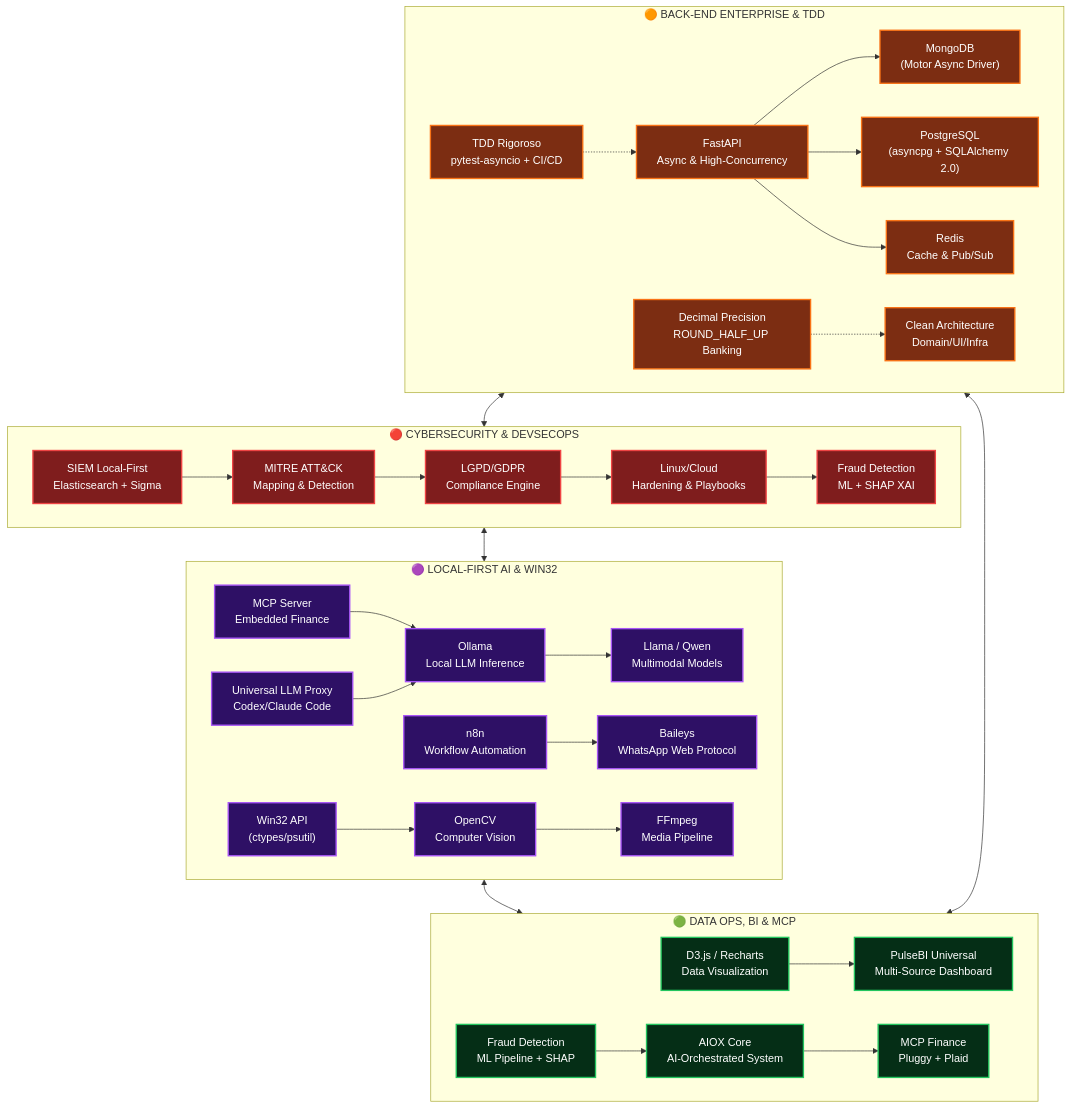
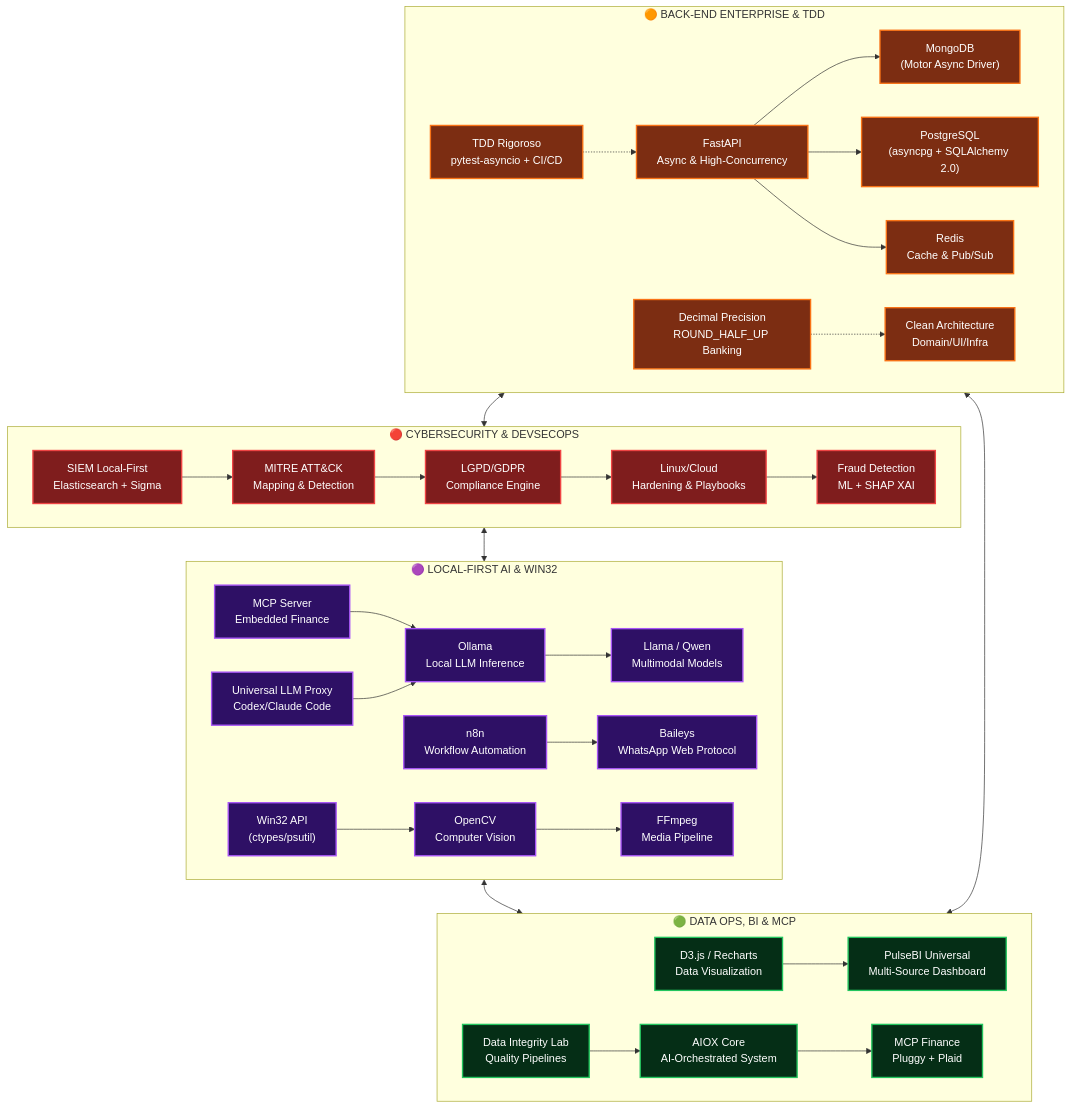
The diagram in README.md (lcszero44-cell/lcszero44-cell), drawn with Mermaid before and after one commit. The commit also changed other lines of this file, not shown here.

First line of the commit message:
fix(readme): remove duplicate ML project from Data Ops block

````diff
--- a/README.md
+++ b/README.md
@@ -257,77 +257,77 @@
 ```mermaid
 flowchart TB
     subgraph SEC["🔴 CYBERSECURITY & DEVSECOPS"]
         SIEM["SIEM Local-First<br/>Elasticsearch + Sigma"]
         MITRE["MITRE ATT&CK<br/>Mapping & Detection"]
         COMPLIANCE["LGPD/GDPR<br/>Compliance Engine"]
         HARDENING["Linux/Cloud<br/>Hardening & Playbooks"]
         FRAUD_ML["Fraud Detection<br/>ML + SHAP XAI"]
         
         SIEM --> MITRE
         MITRE --> COMPLIANCE
         COMPLIANCE --> HARDENING
         HARDENING --> FRAUD_ML
     end
     
     subgraph AIWIN["🟣 LOCAL-FIRST AI & WIN32"]
         OLLAMA["Ollama<br/>Local LLM Inference"]
         LLAMA["Llama / Qwen<br/>Multimodal Models"]
         WIN32["Win32 API<br/>(ctypes/psutil)"]
         N8N["n8n<br/>Workflow Automation"]
         BAILEYS["Baileys<br/>WhatsApp Web Protocol"]
         OPENCV["OpenCV<br/>Computer Vision"]
         FFMPEG["FFmpeg<br/>Media Pipeline"]
         MCP_AI["MCP Server<br/>Embedded Finance"]
         PROXY["Universal LLM Proxy<br/>Codex/Claude Code"]
         
         OLLAMA --> LLAMA
         N8N --> BAILEYS
         WIN32 --> OPENCV
         OPENCV --> FFMPEG
         MCP_AI --> OLLAMA
         PROXY --> OLLAMA
     end
     
     subgraph DATA["🟢 DATA OPS, BI & MCP"]
         D3["D3.js / Recharts<br/>Data Visualization"]
         BI["PulseBI Universal<br/>Multi-Source Dashboard"]
-        FRAUD["Fraud Detection<br/>ML Pipeline + SHAP"]
+        INTEGRITY["Data Integrity Lab<br/>Quality Pipelines"]
         AIOS["AIOX Core<br/>AI-Orchestrated System"]
         MCP_DATA["MCP Finance<br/>Pluggy + Plaid"]
         
         D3 --> BI
-        FRAUD --> AIOS
+        INTEGRITY --> AIOS
         AIOS --> MCP_DATA
     end
     
     subgraph BACKEND["🟠 BACK-END ENTERPRISE & TDD"]
         FASTAPI["FastAPI<br/>Async & High-Concurrency"]
         MONGO["MongoDB<br/>(Motor Async Driver)"]
         POSTGRES["PostgreSQL<br/>(asyncpg + SQLAlchemy 2.0)"]
         TDD["TDD Rigoroso<br/>pytest-asyncio + CI/CD"]
         REDIS["Redis<br/>Cache & Pub/Sub"]
         DECIMAL["Decimal Precision<br/>ROUND_HALF_UP Banking"]
         CLEAN["Clean Architecture<br/>Domain/UI/Infra"]
         
         FASTAPI --> MONGO
         FASTAPI --> POSTGRES
         FASTAPI --> REDIS
         DECIMAL -.-> CLEAN
         TDD -.-> FASTAPI
     end
     
     SEC <--> AIWIN
     AIWIN <--> DATA
     DATA <--> BACKEND
     BACKEND <--> SEC
     
     classDef sec fill:#7f1d1d,stroke:#ef4444,stroke-width:2px,color:#fff
     classDef ai fill:#2e1065,stroke:#a855f7,stroke-width:2px,color:#fff
     classDef data fill:#052e16,stroke:#22c55e,stroke-width:2px,color:#fff
     classDef back fill:#7c2d12,stroke:#f97316,stroke-width:2px,color:#fff
     
     class SIEM,MITRE,COMPLIANCE,HARDENING,FRAUD_ML sec
     class OLLAMA,LLAMA,WIN32,N8N,BAILEYS,OPENCV,FFMPEG,MCP_AI,PROXY ai
-    class D3,BI,FRAUD,AIOS,MCP_DATA data
+    class D3,BI,INTEGRITY,AIOS,MCP_DATA data
     class FASTAPI,MONGO,POSTGRES,TDD,REDIS,DECIMAL,CLEAN back
 ```
````
